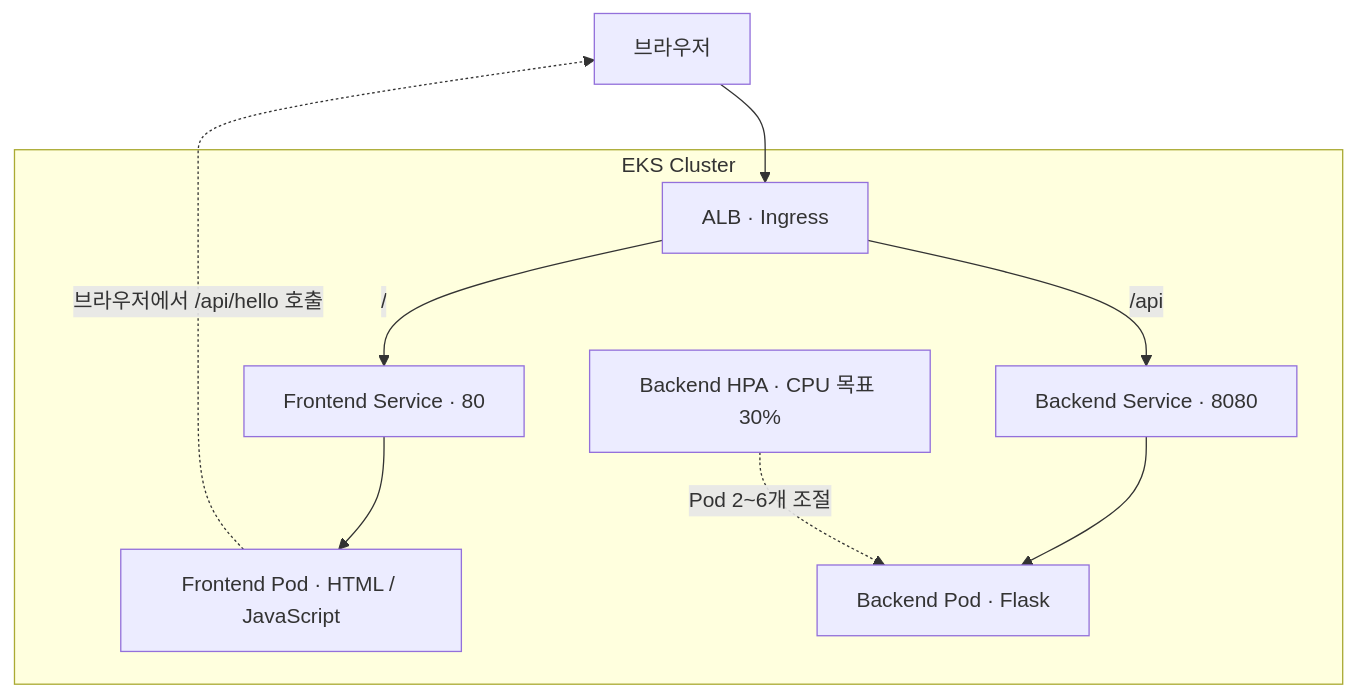
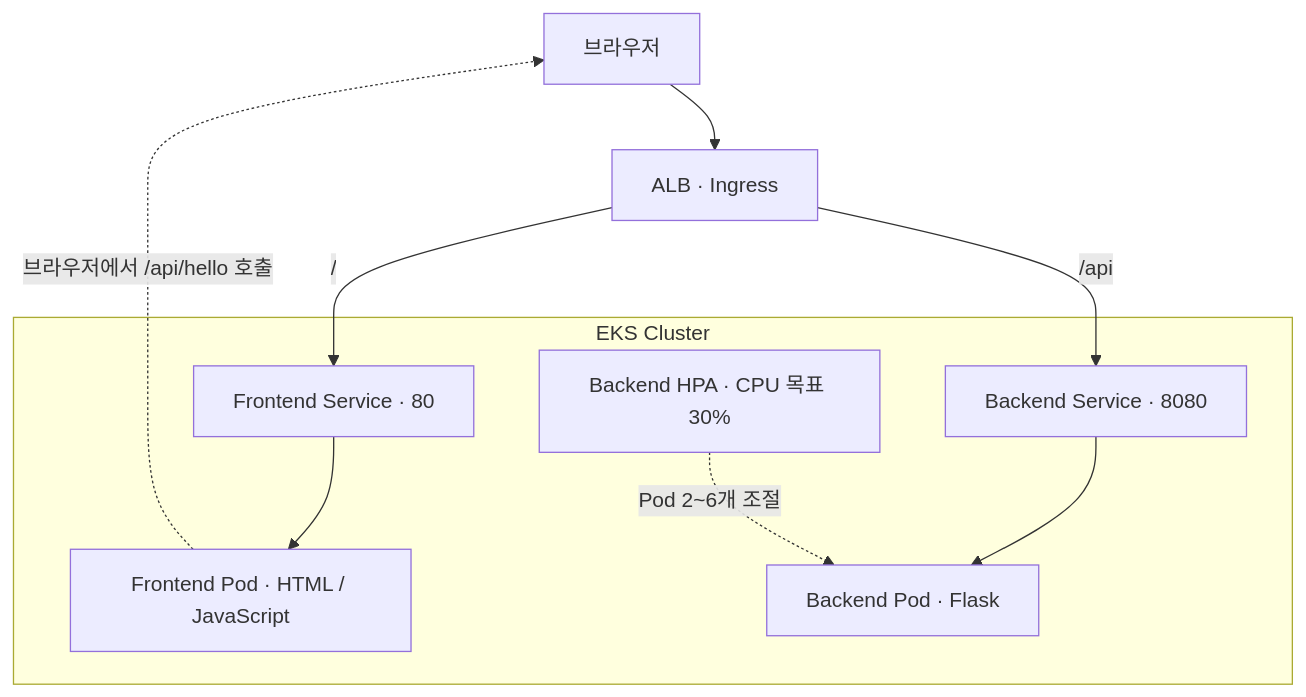
One commit to yubin05/eks-infra changed the second of 3 diagrams in README.md. Above: the diagram before and after it, drawn with Mermaid.

Commit message:
docs: place AWS ALB outside EKS cluster boundary

````diff
--- a/README.md
+++ b/README.md
@@ -35,12 +35,14 @@
 ```mermaid
 flowchart TD
     Browser["브라우저"] --> ALB["ALB · Ingress"]
+    ALB -->|/| FS["Frontend Service · 80"]
+    ALB -->|/api| BS["Backend Service · 8080"]
     subgraph Cluster["EKS Cluster"]
-        ALB -->|/| FS["Frontend Service · 80"]
+        FS["Frontend Service · 80"]
         FS --> FE["Frontend Pod · HTML / JavaScript"]
-        ALB -->|/api| BS["Backend Service · 8080"]
+        BS["Backend Service · 8080"]
         BS --> BE["Backend Pod · Flask"]
         HPA["Backend HPA · CPU 목표 30%"] -.->|Pod 2~6개 조절| BE
     end
     FE -.->|브라우저에서 /api/hello 호출| Browser
 ```
````
